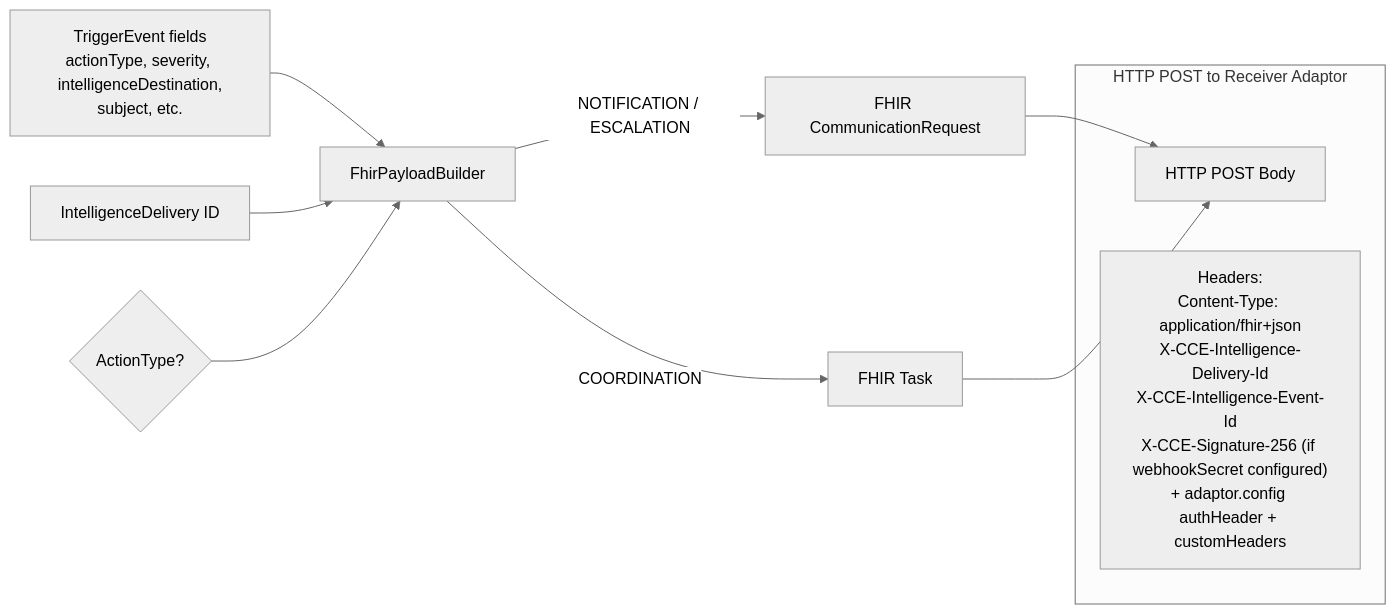
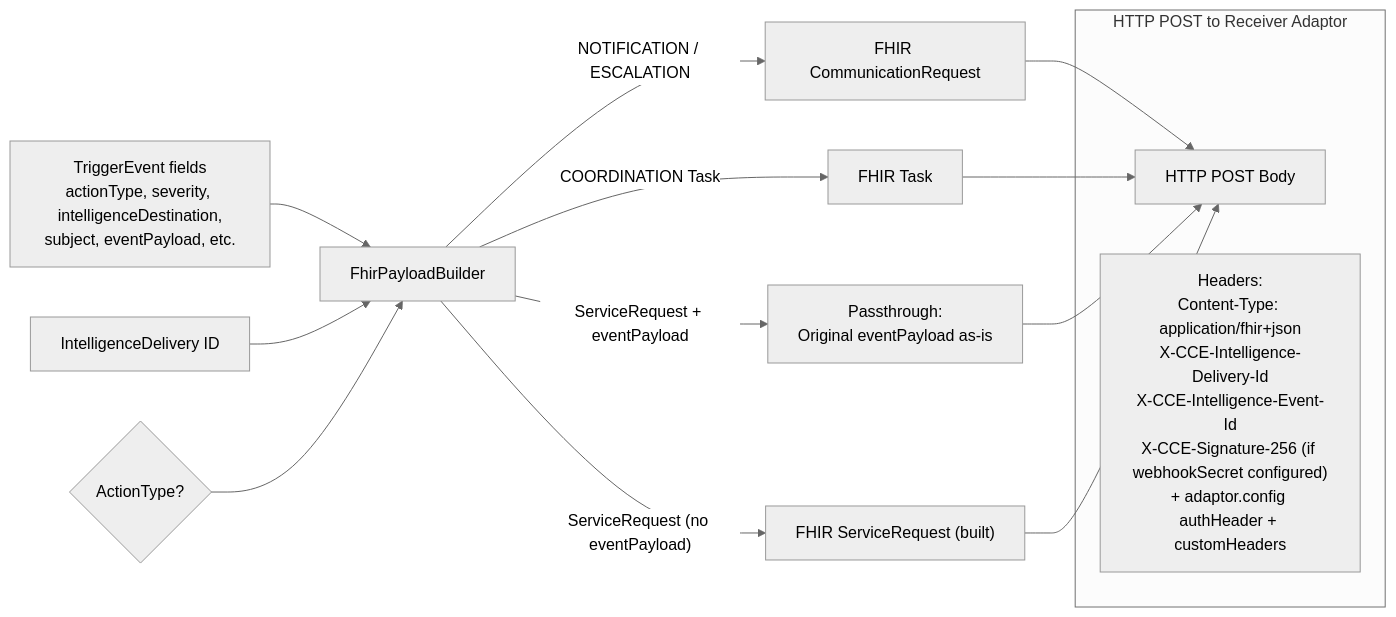
Before and after one commit to Jayaprakash8887/cce-intelligence-service: the sixth of 12 diagrams in docs/flow-diagrams.md, drawn with Mermaid (neutral theme). The commit also changed other lines of this file and 9 other files, not shown here.

Commit message:
feat: Enhance FHIR payload handling to support passthrough of ServiceRequest event payloads and update related documentation

````diff
--- a/docs/flow-diagrams.md
+++ b/docs/flow-diagrams.md
@@ -183,15 +183,19 @@
 ```mermaid
 flowchart LR
-    TE["TriggerEvent fields<br/>actionType, severity, intelligenceDestination,<br/>subject, etc."] --> FB[FhirPayloadBuilder]
+    TE["TriggerEvent fields<br/>actionType, severity, intelligenceDestination,<br/>subject, eventPayload, etc."] --> FB[FhirPayloadBuilder]
     DRI["IntelligenceDelivery ID"] --> FB
     AT{"ActionType?"} --> FB
     FB -->|NOTIFICATION / ESCALATION| CR["FHIR CommunicationRequest"]
-    FB -->|COORDINATION| TK["FHIR Task"]
+    FB -->|COORDINATION Task| TK["FHIR Task"]
+    FB -->|"ServiceRequest + eventPayload"| PT["Passthrough:<br/>Original eventPayload as-is"]
+    FB -->|"ServiceRequest (no eventPayload)"| SR["FHIR ServiceRequest (built)"]
     CR --> H[HTTP POST Body]
     TK --> H
+    PT --> H
+    SR --> H
 
     subgraph "HTTP POST to Receiver Adaptor"
         H
         Headers["Headers:<br/>Content-Type: application/fhir+json<br/>X-CCE-Intelligence-Delivery-Id<br/>X-CCE-Intelligence-Event-Id<br/>X-CCE-Signature-256 (if webhookSecret configured)<br/>+ adaptor.config authHeader + customHeaders"]
     end
 ```
````
